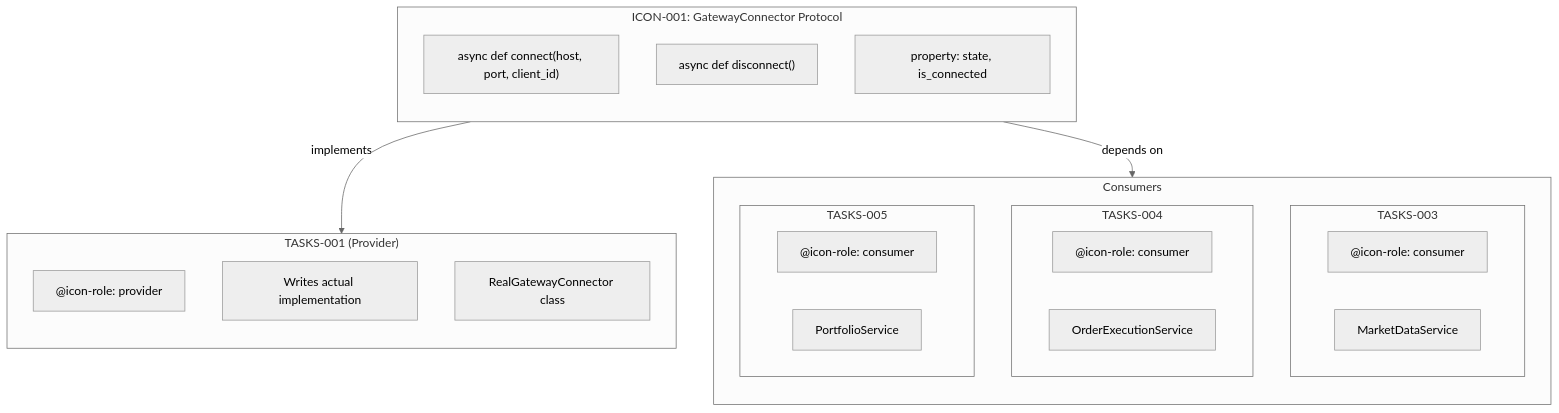
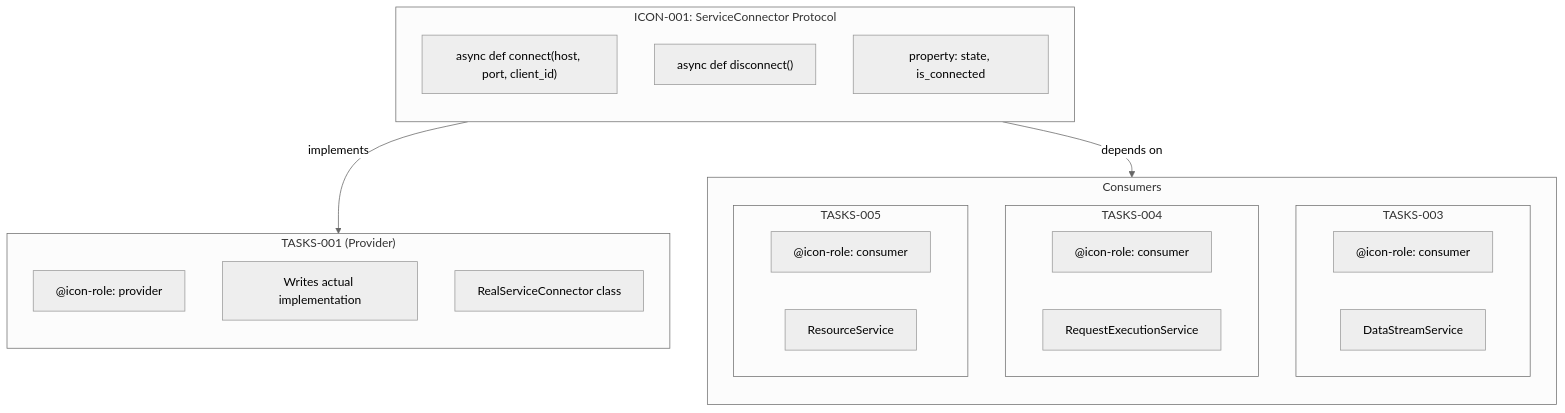
Before and after one commit to vladm3105/aidoc-flow-framework: the first of 3 diagrams in ai_dev_flow/ICON/README.md, drawn with Mermaid (neutral theme). The commit also changed other lines of this file and 30 other files, not shown here.

````diff
--- a/ai_dev_flow/ICON/README.md
+++ b/ai_dev_flow/ICON/README.md
@@ -287,35 +287,35 @@
 ```mermaid
 flowchart TB
-    subgraph ICON["ICON-001: GatewayConnector Protocol"]
+    subgraph ICON["ICON-001: ServiceConnector Protocol"]
         direction TB
         I1["async def connect(host, port, client_id)"]
         I2["async def disconnect()"]
         I3["property: state, is_connected"]
     end
 
     subgraph Provider["TASKS-001 (Provider)"]
         direction TB
         P1["@icon-role: provider"]
         P2["Writes actual implementation"]
-        P3["RealGatewayConnector class"]
+        P3["RealServiceConnector class"]
     end
 
     subgraph Consumers["Consumers"]
         direction TB
         subgraph C1["TASKS-003"]
             C1a["@icon-role: consumer"]
-            C1b["MarketDataService"]
+            C1b["DataStreamService"]
         end
         subgraph C2["TASKS-004"]
             C2a["@icon-role: consumer"]
-            C2b["OrderExecutionService"]
+            C2b["RequestExecutionService"]
         end
         subgraph C3["TASKS-005"]
             C3a["@icon-role: consumer"]
-            C3b["PortfolioService"]
+            C3b["ResourceService"]
         end
     end
 
     ICON -->|"implements"| Provider
     ICON -->|"depends on"| Consumers
 ```
````
